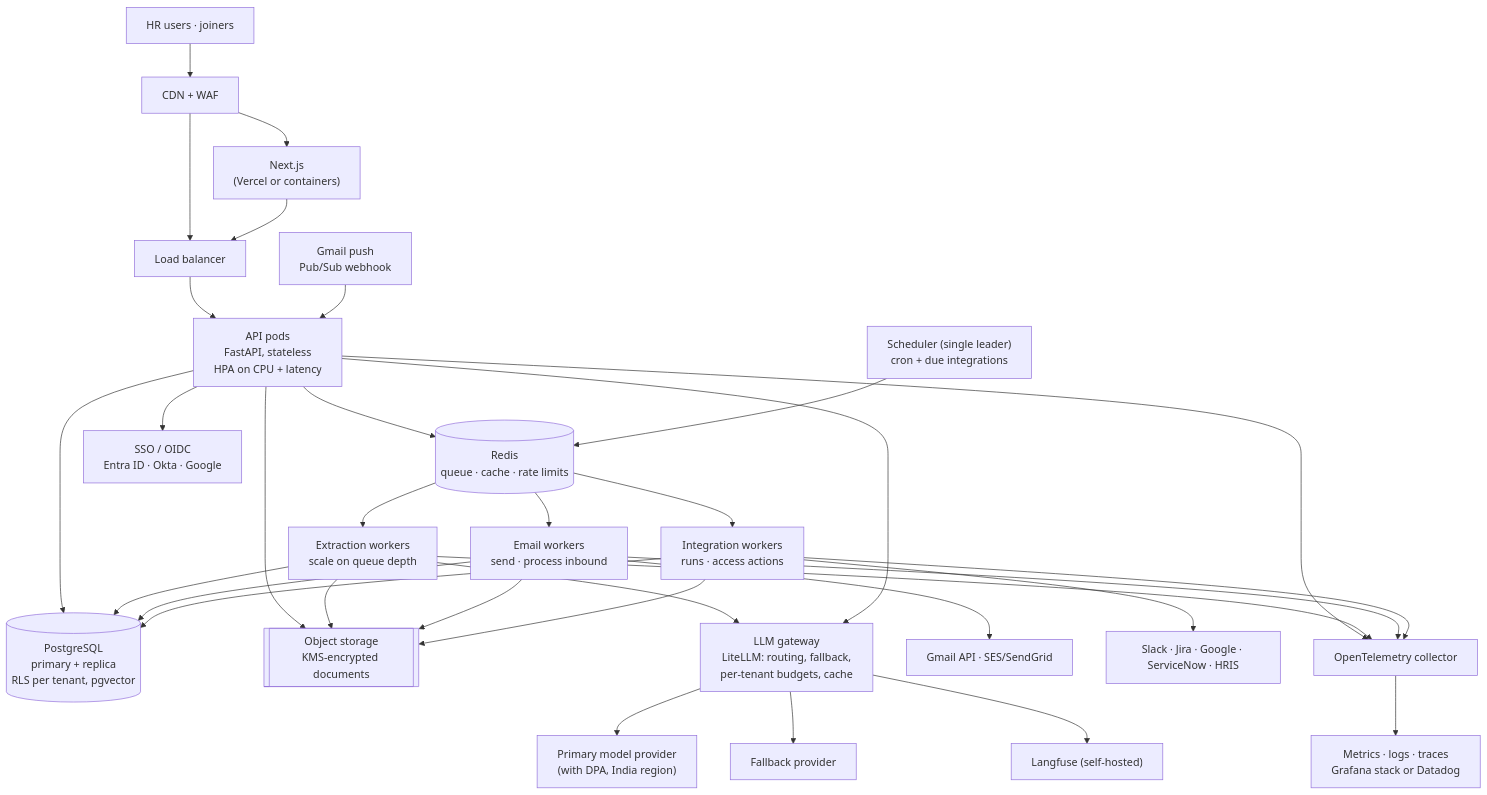
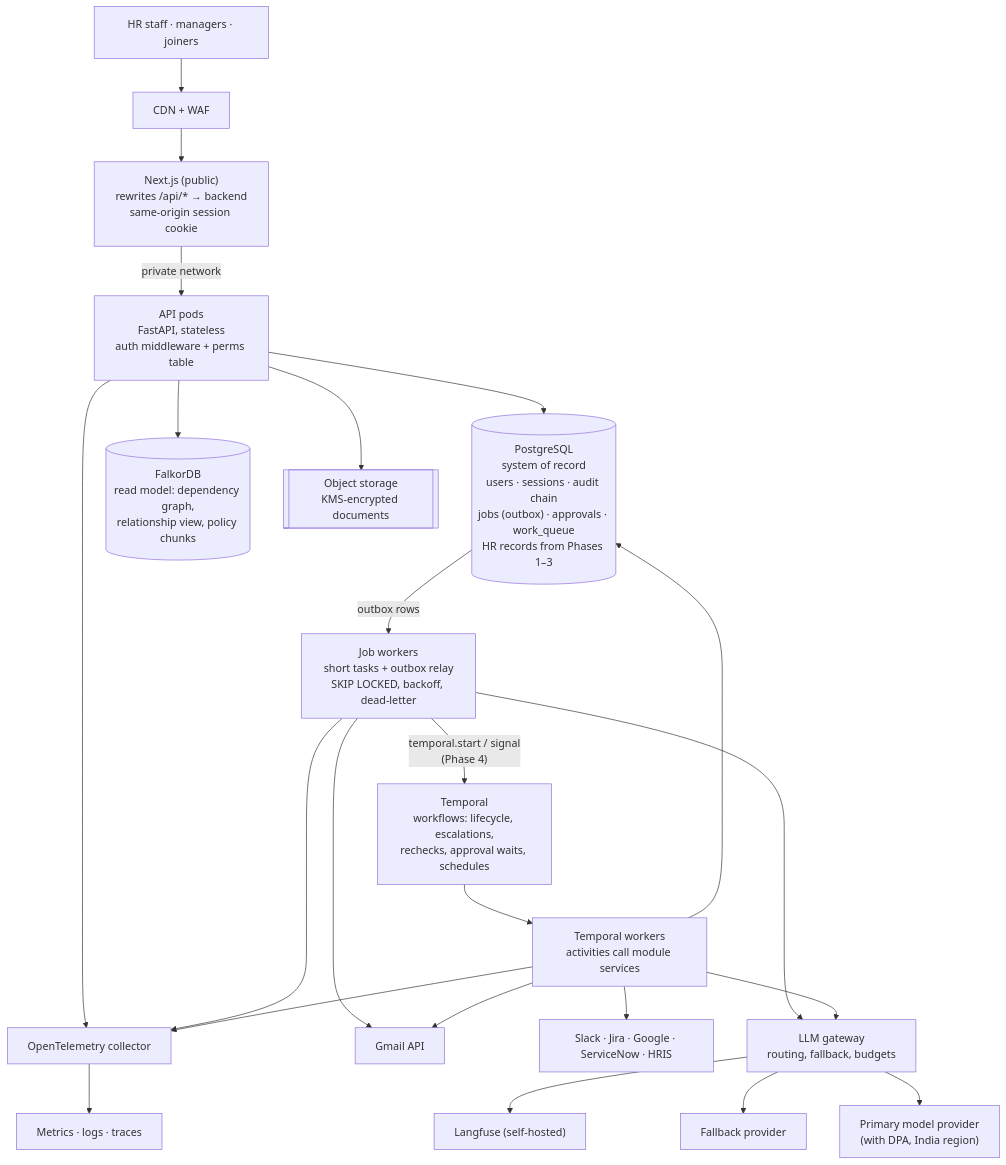
The diagram in docs/production-architecture.md (Prateek1771/azentio-hr), drawn with Mermaid before and after one commit. The commit also changed other lines of this file and 5 other files, not shown here.

First line of the commit message:
docs: bring HLD, LLD and architecture docs up to date with Phase 0

````diff
--- a/docs/production-architecture.md
+++ b/docs/production-architecture.md
@@ -68,31 +93,25 @@
 ```mermaid
 flowchart TB
-    U["HR users · joiners"] --> CDN["CDN + WAF"]
-    CDN --> WEB["Next.js<br/>(Vercel or containers)"]
-    CDN --> LB["Load balancer"]
-    WEB --> LB
-    LB --> API["API pods<br/>FastAPI, stateless<br/>HPA on CPU + latency"]
+    U["HR staff · managers · joiners"] --> CDN["CDN + WAF"]
+    CDN --> WEB["Next.js (public)<br/>rewrites /api/* → backend<br/>same-origin session cookie"]
+    WEB -->|"private network"| API["API pods<br/>FastAPI, stateless<br/>auth middleware + perms table"]
 
-    API --> PG[("PostgreSQL<br/>primary + replica<br/>RLS per tenant, pgvector")]
-    API --> RD[("Redis<br/>queue · cache · rate limits")]
+    API --> PG[("PostgreSQL<br/>system of record<br/>users · sessions · audit chain<br/>jobs (outbox) · approvals · work_queue<br/>HR records from Phases 1–3")]
+    API --> FK[("FalkorDB<br/>read model: dependency graph,<br/>relationship view, policy chunks")]
     API --> S3[["Object storage<br/>KMS-encrypted documents"]]
-    API --> IDP["SSO / OIDC<br/>Entra ID · Okta · Google"]
 
-    RD --> WX["Extraction workers<br/>scale on queue depth"]
-    RD --> WE["Email workers<br/>send · process inbound"]
-    RD --> WI["Integration workers<br/>runs · access actions"]
-    SCH["Scheduler (single leader)<br/>cron + due integrations"] --> RD
-    PUB["Gmail push<br/>Pub/Sub webhook"] --> API
+    PG -->|"outbox rows"| JW["Job workers<br/>short tasks + outbox relay<br/>SKIP LOCKED, backoff, dead-letter"]
+    JW -->|"temporal.start / signal<br/>(Phase 4)"| TMP["Temporal<br/>workflows: lifecycle, escalations,<br/>rechecks, approval waits, schedules"]
+    TMP --> TW["Temporal workers<br/>activities call module services"]
+    TW --> PG
 
-    WX & API --> GW["LLM gateway<br/>LiteLLM: routing, fallback,<br/>per-tenant budgets, cache"]
+    JW & TW --> GW["LLM gateway<br/>routing, fallback, budgets"]
     GW --> P1["Primary model provider<br/>(with DPA, India region)"]
     GW --> P2["Fallback provider"]
+    JW & TW --> MAIL["Gmail API"]
+    TW --> APPS["Slack · Jira · Google · ServiceNow · HRIS"]
 
-    WX & WE & WI --> PG & S3
-    WE --> MAIL["Gmail API · SES/SendGrid"]
-    WI --> APPS["Slack · Jira · Google · ServiceNow · HRIS"]
-
-    API & WX & WE & WI --> OTEL["OpenTelemetry collector"]
-    OTEL --> OBS["Metrics · logs · traces<br/>Grafana stack or Datadog"]
+    API & JW & TW --> OTEL["OpenTelemetry collector"]
+    OTEL --> OBS["Metrics · logs · traces"]
     GW --> LF["Langfuse (self-hosted)"]
 ```
````
